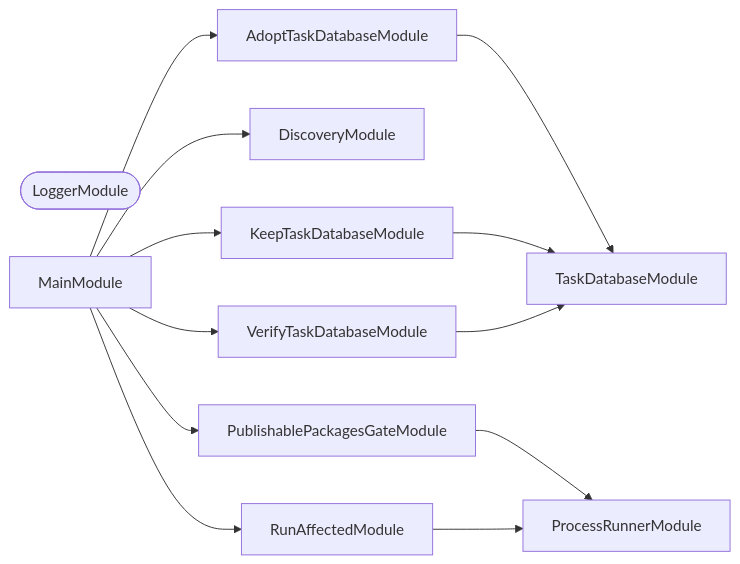
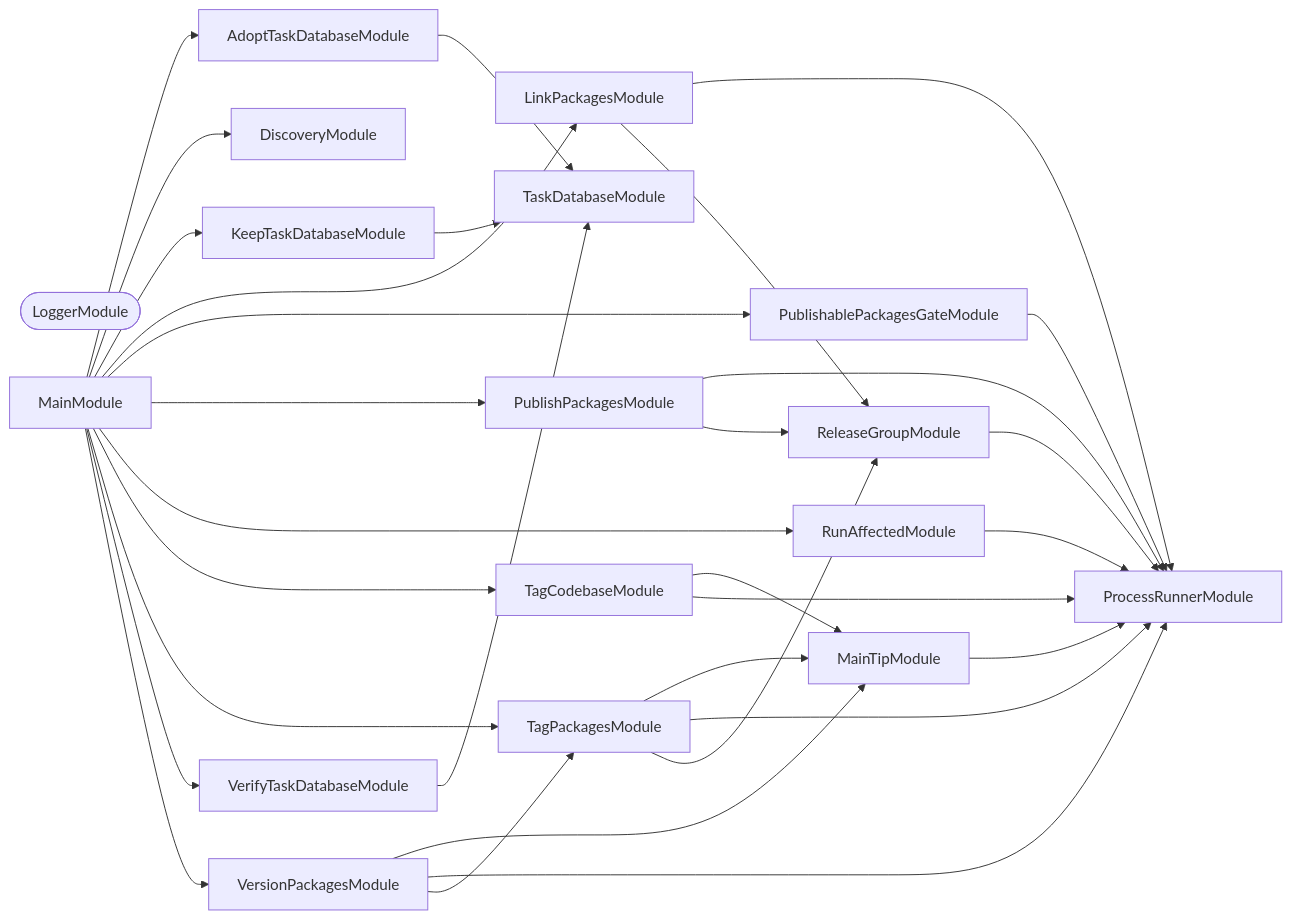
One commit to organizzolini/codebase changed the second of 3 diagrams in projects/publication/README.md. Above: the diagram before and after it, drawn with Mermaid. The commit also changed other lines of this file and 3 other files, not shown here.

Commit message:
chore(release): 🔖 tag codebase 3.9.7

````diff
--- a/projects/publication/README.md
+++ b/projects/publication/README.md
@@ -183,24 +306,50 @@
 ```mermaid
 flowchart LR
   AdoptTaskDatabaseModule
   DiscoveryModule
   KeepTaskDatabaseModule
+  LinkPackagesModule
   LoggerModule([LoggerModule])
   MainModule
+  MainTipModule
   ProcessRunnerModule
   PublishablePackagesGateModule
+  PublishPackagesModule
+  ReleaseGroupModule
   RunAffectedModule
+  TagCodebaseModule
+  TagPackagesModule
   TaskDatabaseModule
   VerifyTaskDatabaseModule
+  VersionPackagesModule
   AdoptTaskDatabaseModule --> TaskDatabaseModule
   KeepTaskDatabaseModule --> TaskDatabaseModule
+  LinkPackagesModule --> ProcessRunnerModule
+  LinkPackagesModule --> ReleaseGroupModule
   MainModule --> AdoptTaskDatabaseModule
   MainModule --> DiscoveryModule
   MainModule --> KeepTaskDatabaseModule
+  MainModule --> LinkPackagesModule
   MainModule --> PublishablePackagesGateModule
+  MainModule --> PublishPackagesModule
   MainModule --> RunAffectedModule
+  MainModule --> TagCodebaseModule
+  MainModule --> TagPackagesModule
   MainModule --> VerifyTaskDatabaseModule
+  MainModule --> VersionPackagesModule
+  MainTipModule --> ProcessRunnerModule
   PublishablePackagesGateModule --> ProcessRunnerModule
+  PublishPackagesModule --> ProcessRunnerModule
+  PublishPackagesModule --> ReleaseGroupModule
+  ReleaseGroupModule --> ProcessRunnerModule
   RunAffectedModule --> ProcessRunnerModule
+  TagCodebaseModule --> MainTipModule
+  TagCodebaseModule --> ProcessRunnerModule
+  TagPackagesModule --> MainTipModule
+  TagPackagesModule --> ProcessRunnerModule
+  TagPackagesModule --> ReleaseGroupModule
   VerifyTaskDatabaseModule --> TaskDatabaseModule
+  VersionPackagesModule --> MainTipModule
+  VersionPackagesModule --> ProcessRunnerModule
+  VersionPackagesModule --> TagPackagesModule
 ```
````
